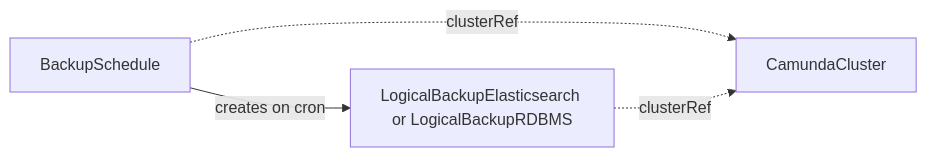
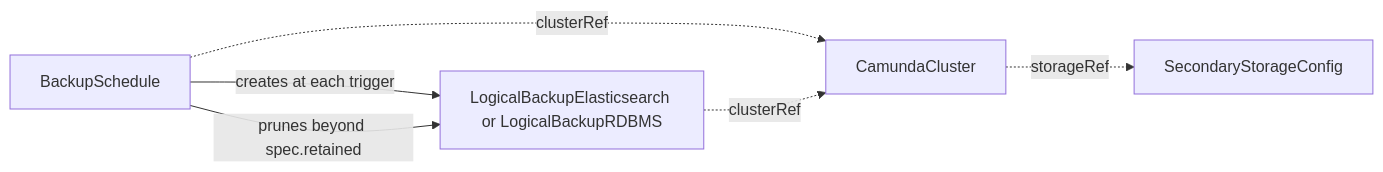
One commit to konsole-is/camunda-operator changed the diagram in docs/crds/backupschedule.md. Above: the diagram before and after it, drawn with Mermaid. The commit also changed other lines of this file and 1 other file, not shown here.

First line of the commit message:
docs(crds): describe the BackupSchedule that shipped (#70)

````diff
--- a/docs/crds/backupschedule.md
+++ b/docs/crds/backupschedule.md
@@ -27,6 +29,8 @@
 ```mermaid
 graph LR
-    BS[BackupSchedule] -->|creates on cron| LB[LogicalBackupElasticsearch or LogicalBackupRDBMS]
-    BS -.->|clusterRef| CC[CamundaCluster]
+    BS[BackupSchedule] -.->|clusterRef| CC[CamundaCluster]
+    CC -.->|storageRef| SSC[SecondaryStorageConfig]
+    BS -->|creates at each trigger| LB["LogicalBackupElasticsearch or LogicalBackupRDBMS"]
+    BS -->|prunes beyond spec.retained| LB
     LB -.->|clusterRef| CC
 ```
````
